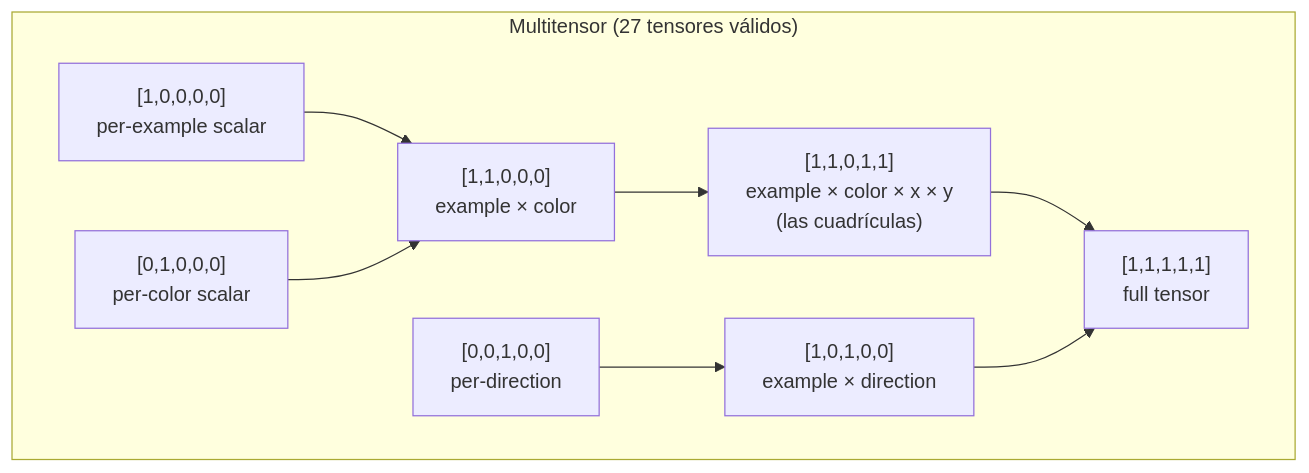
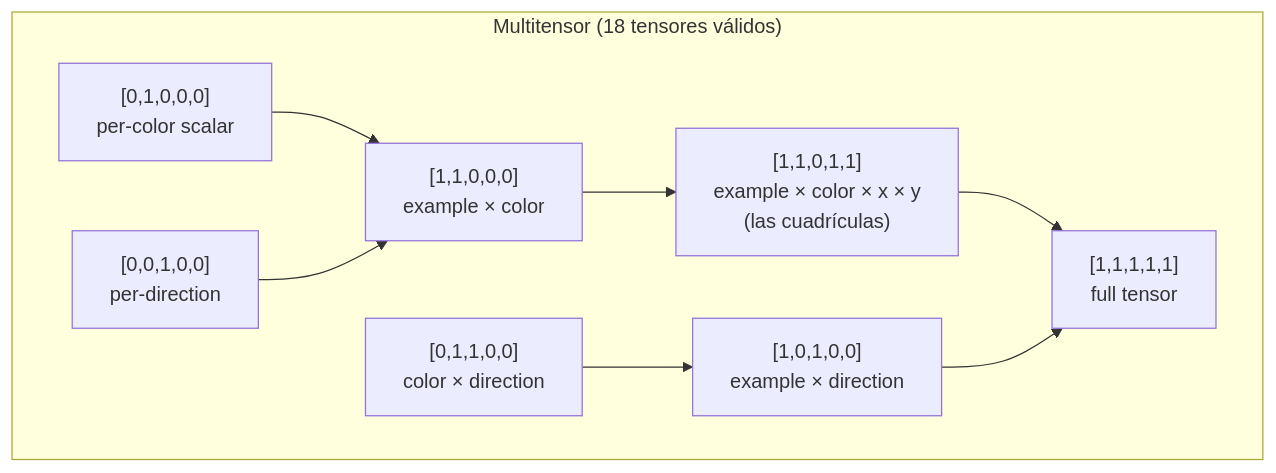
One commit to UNIR-TUC/arc-agi changed the third of 8 diagrams in src/SuperCompressARC/Docs/Architecture/COMPRESS_ARCHITECTURE_30_06.md. Above: the diagram before and after it, drawn with Mermaid. The commit also changed other lines of this file and 1 other file, not shown here.

````diff
--- a/src/SuperCompressARC/Docs/Architecture/COMPRESS_ARCHITECTURE_30_06.md
+++ b/src/SuperCompressARC/Docs/Architecture/COMPRESS_ARCHITECTURE_30_06.md
@@ -497,18 +690,18 @@
 ```mermaid
 graph TD
-    subgraph "Multitensor (27 tensores válidos)"
-        T1["[1,0,0,0,0]<br/>per-example scalar"]
-        T2["[0,1,0,0,0]<br/>per-color scalar"]
-        T3["[0,0,1,0,0]<br/>per-direction"]
+  subgraph "Multitensor (18 tensores válidos)"
+    T1["[0,1,0,0,0]<br/>per-color scalar"]
+    T2["[0,0,1,0,0]<br/>per-direction"]
+    T3["[0,1,1,0,0]<br/>color × direction"]
         T4["[1,1,0,0,0]<br/>example × color"]
         T5["[1,0,1,0,0]<br/>example × direction"]
         T6["[1,1,0,1,1]<br/>example × color × x × y<br/>(las cuadrículas)"]
         T7["[1,1,1,1,1]<br/>full tensor"]
     end
     T1 --> T4
     T2 --> T4
     T3 --> T5
     T4 --> T6
     T6 --> T7
     T5 --> T7
 ```
````
